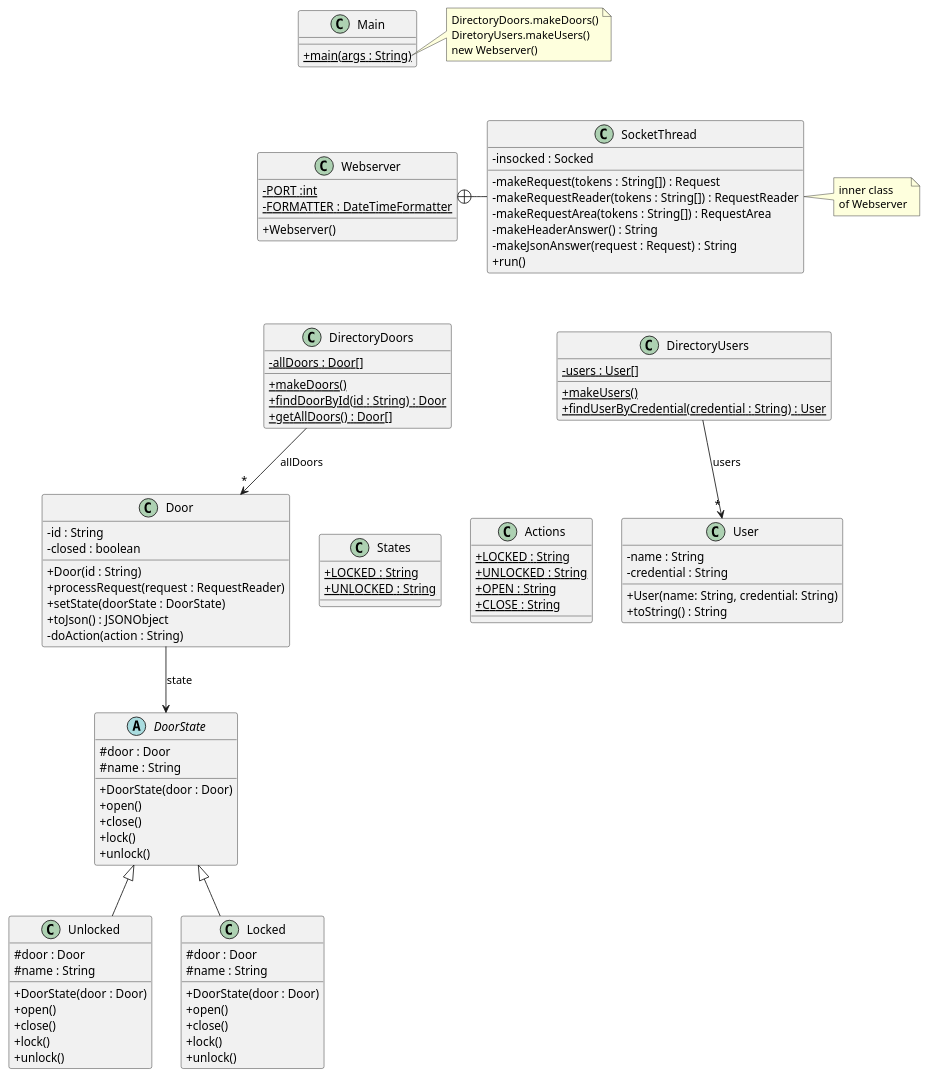
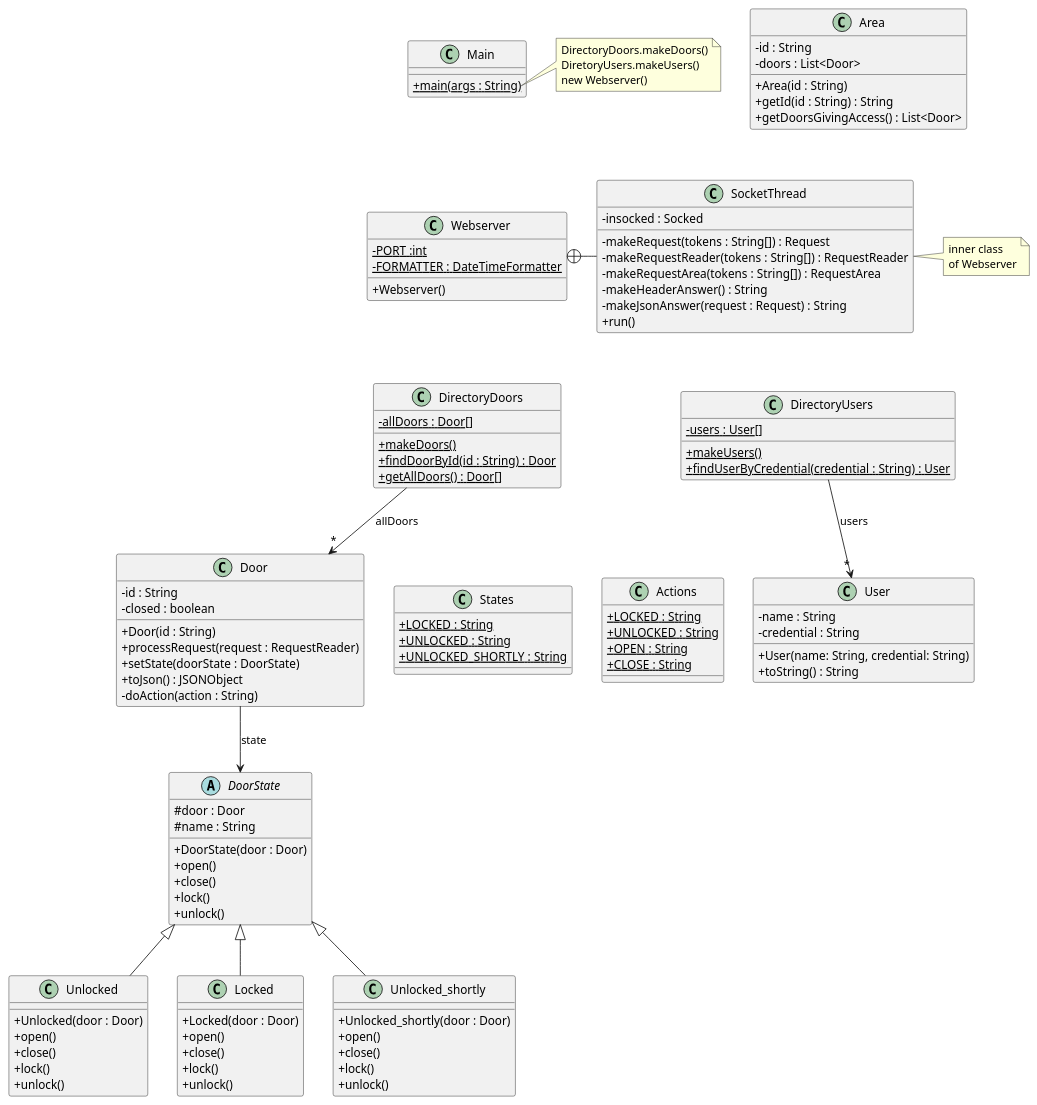
One commit to MC4MP02/ACS changed the diagram in out/production/acs/baseNoStates/uml/base_no_states.puml. Above: the diagram before and after it, drawn with PlantUML. The commit also changed 19 other files, not shown here.

```diff
--- a/out/production/acs/baseNoStates/uml/base_no_states.puml
+++ b/out/production/acs/baseNoStates/uml/base_no_states.puml
@@ -1,125 +1,138 @@
 @startuml
 'https://plantuml.com/class-diagram
 skinparam classAttributeIconSize 0
 
 class Webserver {
 - {static} PORT :int
 - {static} FORMATTER : DateTimeFormatter
 + Webserver()
 }
 
 class SocketThread {
 - insocked : Socked
 - makeRequest(tokens : String[]) : Request
 - makeRequestReader(tokens : String[]) : RequestReader
 - makeRequestArea(tokens : String[]) : RequestArea
 - makeHeaderAnswer() : String
 - makeJsonAnswer(request : Request) : String
 + run()
 }
 
 Webserver +-right- SocketThread
 
 note right of SocketThread
 inner class
 of Webserver
 end note
 
 class DirectoryDoors {
 - {static} allDoors : Door[]
 + {static} makeDoors()
 + {static} findDoorById(id : String) : Door
 + {static} getAllDoors() : Door[]
 }
 
 DirectoryDoors --> "*" Door : "allDoors"
 
 class DirectoryUsers {
 - {static} users : User[]
 + {static} makeUsers()
 + {static} findUserByCredential(credential : String) : User
 }
 
 DirectoryUsers --> "*" User : "users"
 
 class Door {
 - id : String
 - closed : boolean
 + Door(id : String)
 + processRequest(request : RequestReader)
 + setState(doorState : DoorState)
 + toJson() : JSONObject
 '+ toString() : String
 '+ isClosed() :boolean
 '+ setClosed(b : boolean)
 '+ getStateName() : String
 - doAction(action : String)
 }
 
 abstract class DoorState{
 #door : Door
 #name : String
 + DoorState(door : Door)
 + open()
 + close()
 + lock()
 + unlock()
 }
 
 class Unlocked extends DoorState {
-#door : Door
-#name : String
-+ DoorState(door : Door)
++ Unlocked(door : Door)
 + open()
 + close()
 + lock()
 + unlock()
 }
 
 class Locked extends DoorState {
-#door : Door
-#name : String
-+ DoorState(door : Door)
++ Locked(door : Door)
++ open()
++ close()
++ lock()
++ unlock()
+}
+
+class Unlocked_shortly extends DoorState {
++ Unlocked_shortly(door : Door)
 + open()
 + close()
 + lock()
 + unlock()
 }
 
 class States {
 + {static} LOCKED : String
 + {static} UNLOCKED : String
++ {static} UNLOCKED_SHORTLY : String
 }
 
 class Actions {
 + {static} LOCKED : String
 + {static} UNLOCKED : String
 + {static} OPEN : String
 + {static} CLOSE : String
+}
+
+class Area {
+-id : String
+-doors : List<Door>
++ Area(id : String)
++ getId(id : String) : String
++ getDoorsGivingAccess() : List<Door>
 }
 
 class User {
 - name : String
 - credential : String
 + User(name: String, credential: String)
 + toString() : String
 }
 
 
 class Main {
 + {static} main(args : String)
 }
 
 note right of Main::main
 DirectoryDoors.makeDoors()
 DiretoryUsers.makeUsers()
 new Webserver()
 end note
 
 Main -[hidden]down- Webserver
 Webserver -[hidden]down- DirectoryDoors
 DirectoryDoors -[hidden]right- DirectoryUsers
 Door -down-> DoorState : state
 Door -[hidden]right- States
 States -[hidden]right- Actions
 @enduml
```
